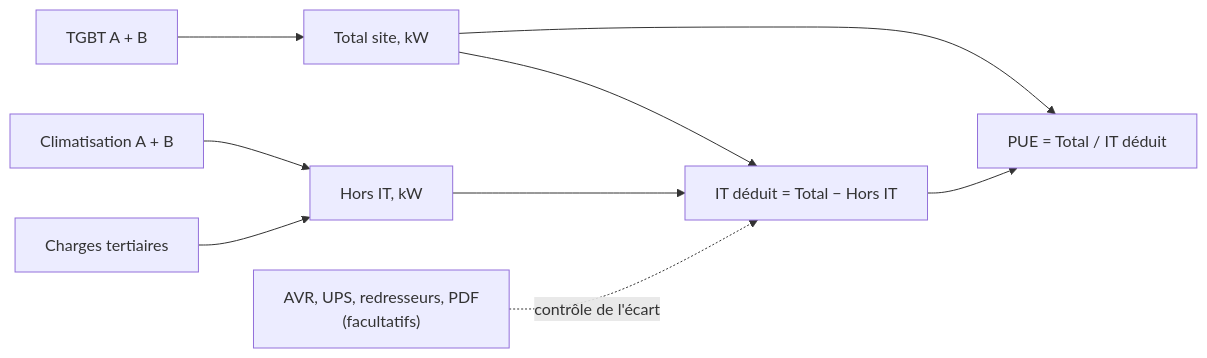
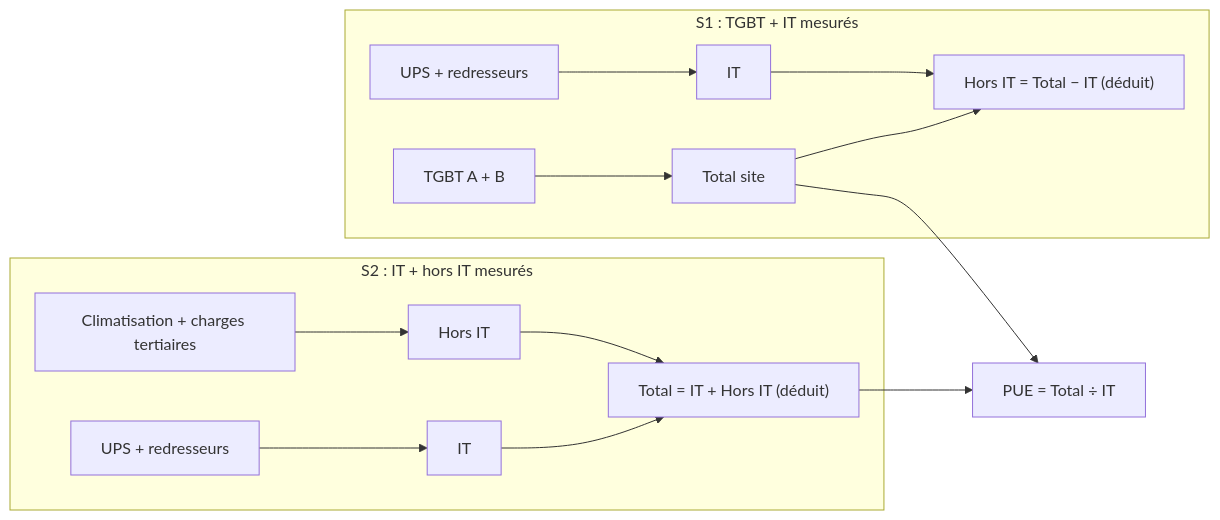
Before and after one commit to jeancykabengele-code/GMAO-: the third of 3 diagrams in README.md, drawn with Mermaid. The commit also changed other lines of this file and 9 other files, not shown here.

First line of the commit message:
feat: two PUE entry scenarios, S1 (TGBT + IT, non-IT deduced) and S2 (IT + non-IT, total deduced)

````diff
--- a/README.md
+++ b/README.md
@@ -121,11 +121,17 @@
 ```mermaid
 flowchart LR
-    TGBT[TGBT A + B] --> TOT[Total site, kW]
-    CLIM[Climatisation A + B] --> HORS[Hors IT, kW]
-    TERT[Charges tertiaires] --> HORS
-    TOT --> IT["IT déduit = Total − Hors IT"]
-    HORS --> IT
-    TOT --> PUE["PUE = Total / IT déduit"]
-    IT --> PUE
-    DET["AVR, UPS, redresseurs, PDF<br/>(facultatifs)"] -.->|contrôle de l'écart| IT
+    subgraph S1["S1 : TGBT + IT mesurés"]
+      T1[TGBT A + B] --> TOT1[Total site]
+      I1[UPS + redresseurs] --> IT1[IT]
+      TOT1 --> H1["Hors IT = Total − IT (déduit)"]
+      IT1 --> H1
+    end
+    subgraph S2["S2 : IT + hors IT mesurés"]
+      I2[UPS + redresseurs] --> IT2[IT]
+      H2[Climatisation + charges tertiaires] --> HI2[Hors IT]
+      IT2 --> TOT2["Total = IT + Hors IT (déduit)"]
+      HI2 --> TOT2
+    end
+    TOT1 --> PUE["PUE = Total ÷ IT"]
+    TOT2 --> PUE
 ```
````
